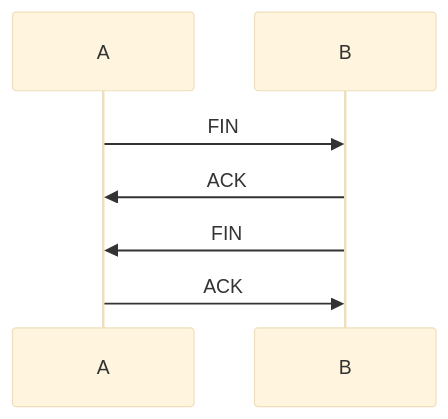
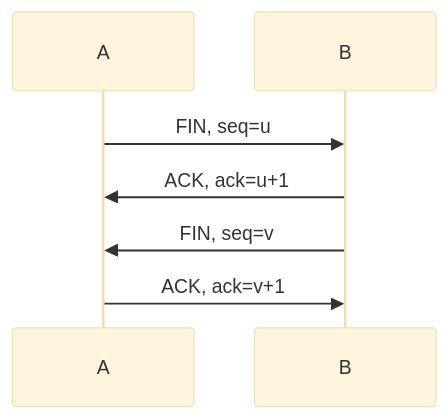
One commit to lfm147258369/blog changed the ninth of 11 diagrams in MyVault/期末/计算机网络期末.md. Above: the diagram before and after it, drawn with Mermaid (base theme). The commit also changed other lines of this file, not shown here.

````diff
--- a/MyVault/期末/计算机网络期末.md
+++ b/MyVault/期末/计算机网络期末.md
@@ -2524,7 +432,7 @@
-```mermaid
-sequenceDiagram
-A->>B:FIN
-B->>A:ACK
-B->>A:FIN
-A->>B:ACK
-```
+  ```mermaid
+  sequenceDiagram
+      A->>B: FIN, seq=u
+      B->>A: ACK, ack=u+1
+      B->>A: FIN, seq=v
+      A->>B: ACK, ack=v+1
+  ```
````
